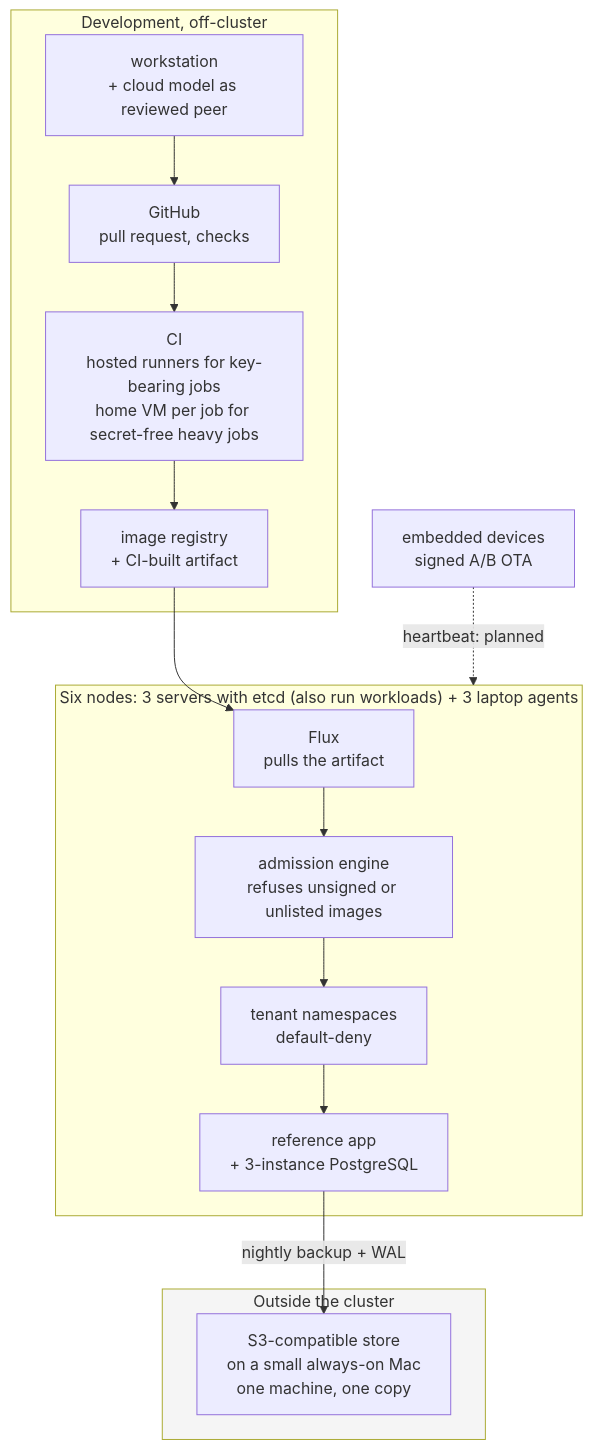
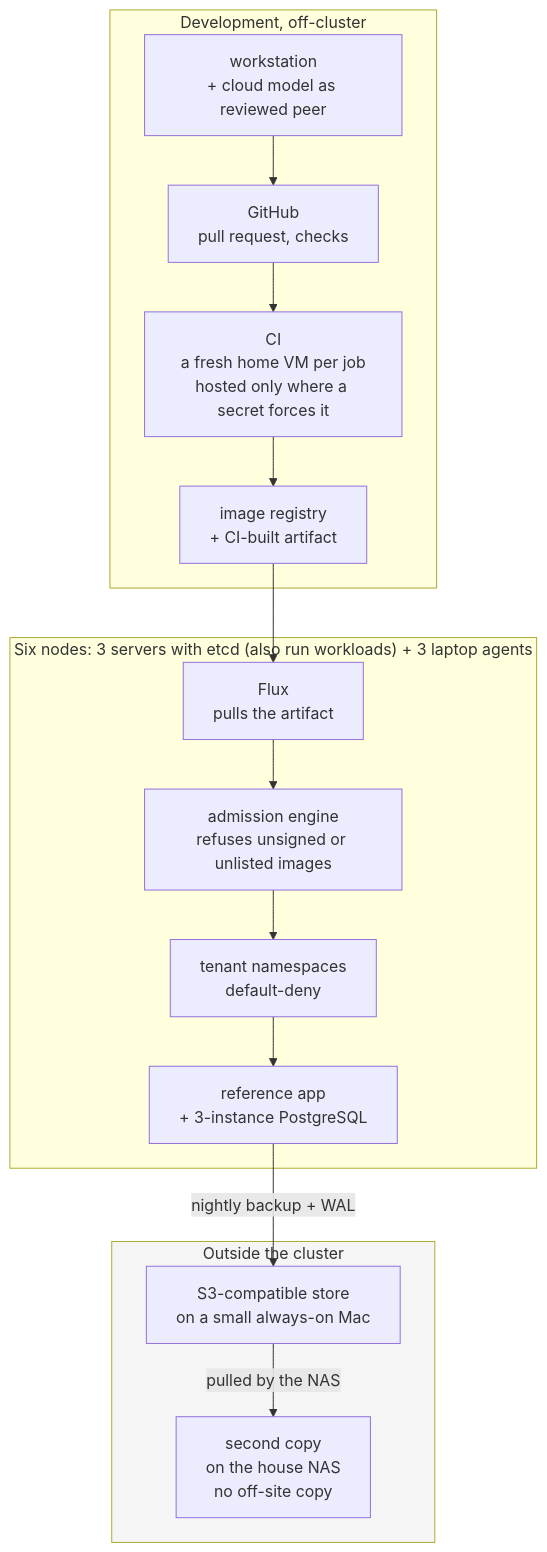
Before and after one commit to schultzzznet/schultzzznet: the diagram in docs/index.md, drawn with Mermaid. The commit also changed other lines of this file and 1 other file, not shown here.

````diff
--- a/docs/index.md
+++ b/docs/index.md
@@ -241,31 +244,30 @@
 ```mermaid
 flowchart TB
   subgraph DEV["Development, off-cluster"]
     WS["workstation<br/>+ cloud model as reviewed peer"]
     GH["GitHub<br/>pull request, checks"]
-    CI["CI<br/>hosted runners for key-bearing jobs<br/>home VM per job for secret-free heavy jobs"]
+    CI["CI<br/>a fresh home VM per job<br/>hosted only where a secret forces it"]
     REG["image registry<br/>+ CI-built artifact"]
   end
 
   subgraph K3S["Six nodes: 3 servers with etcd (also run workloads) + 3 laptop agents"]
     FLUX["Flux<br/>pulls the artifact"]
     ADM["admission engine<br/>refuses unsigned or unlisted images"]
     TEN["tenant namespaces<br/>default-deny"]
     APP["reference app<br/>+ 3-instance PostgreSQL"]
   end
 
   subgraph OFF["Outside the cluster"]
-    S3["S3-compatible store<br/>on a small always-on Mac<br/>one machine, one copy"]
+    S3["S3-compatible store<br/>on a small always-on Mac"]
+    NAS["second copy<br/>on the house NAS<br/>no off-site copy"]
   end
-
-  DEVICES["embedded devices<br/>signed A/B OTA"]
 
   WS --> GH --> CI --> REG
   REG --> FLUX
   FLUX --> ADM --> TEN
   TEN --> APP
   APP -->|"nightly backup + WAL"| S3
-  DEVICES -.->|"heartbeat: planned"| K3S
+  S3 -->|"pulled by the NAS"| NAS
 
   style OFF fill:#f5f5f5
 ```
````
